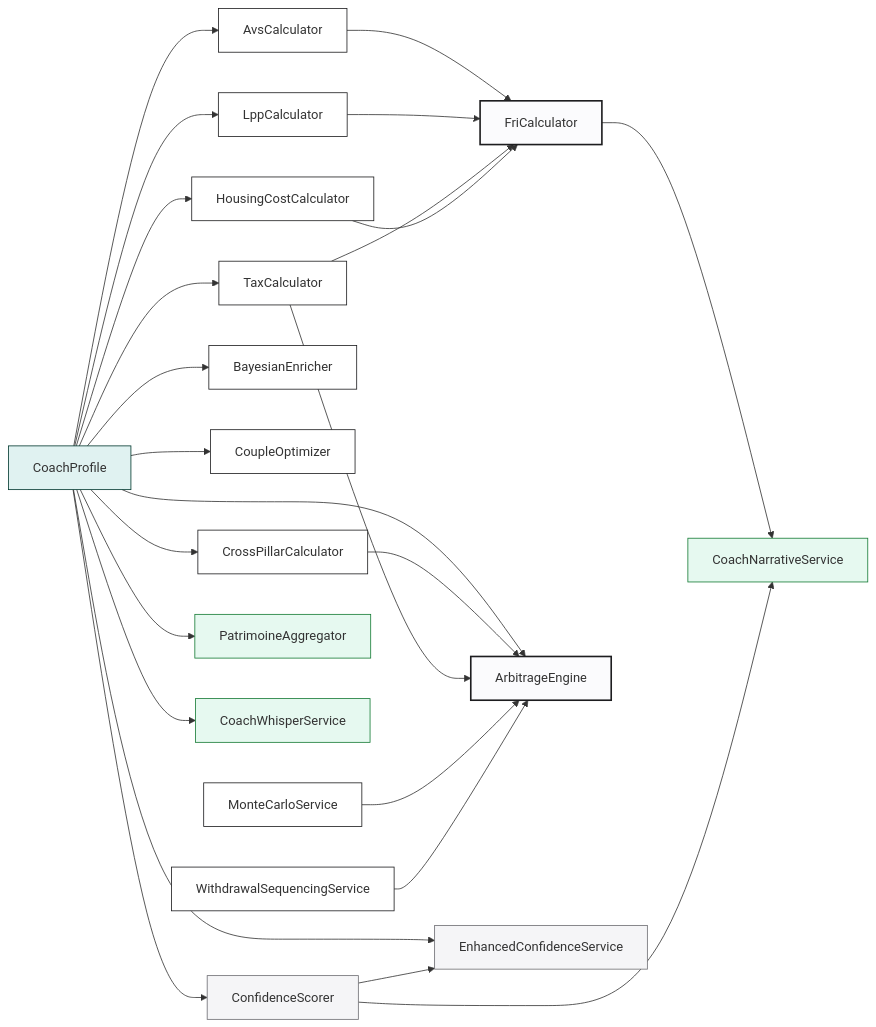
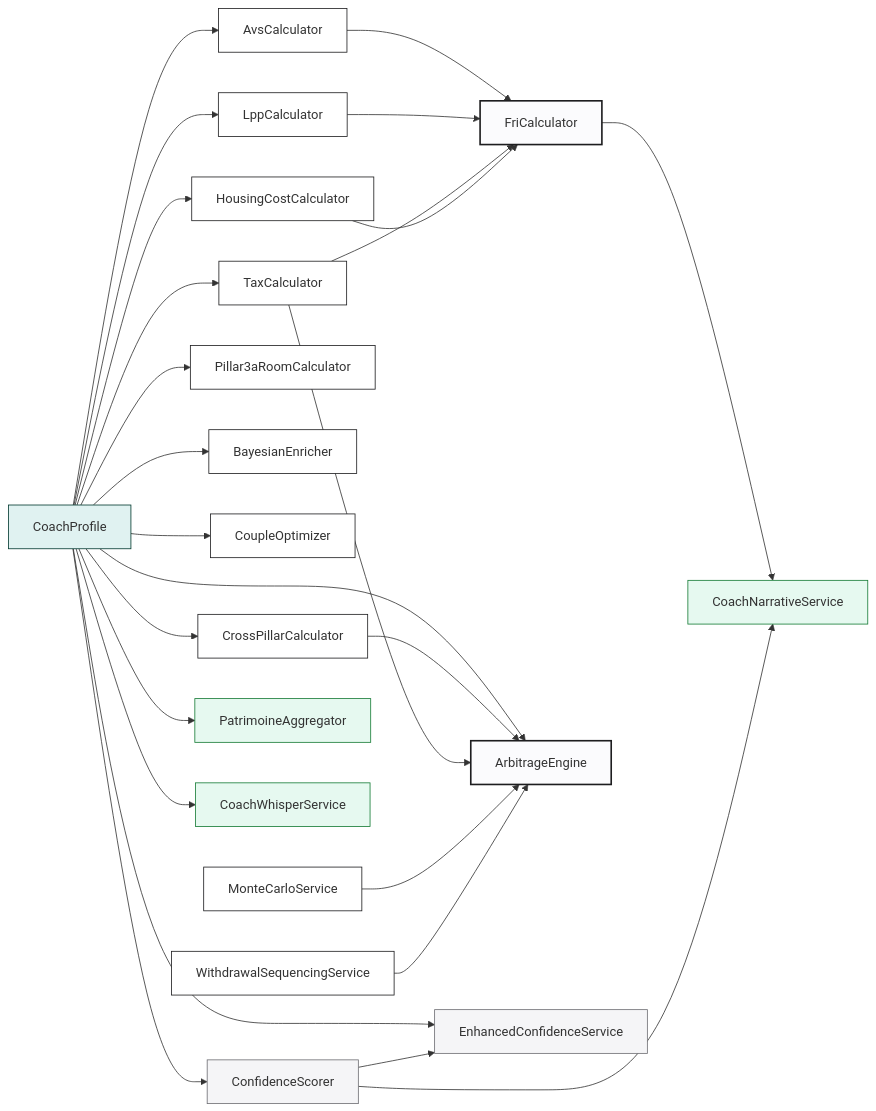
The diagram in docs/calculator-graph.md (MINT-IA/MINT), drawn with Mermaid before and after one commit. The commit also changed other lines of this file and 1 other file, not shown here.

Commit message:
Register 3a room calculator in financial core

````diff
--- a/docs/calculator-graph.md
+++ b/docs/calculator-graph.md
@@ -26,40 +26,41 @@
 ```mermaid
 flowchart LR
     PROFILE[CoachProfile]:::profile
 
     PROFILE --> AVS[AvsCalculator]:::calc
     PROFILE --> LPP[LppCalculator]:::calc
     PROFILE --> TAX[TaxCalculator]:::calc
     PROFILE --> HOUSING[HousingCostCalculator]:::calc
+    PROFILE --> P3A[Pillar3aRoomCalculator]:::calc
     PROFILE --> BAYESIAN[BayesianEnricher]:::calc
 
     AVS --> FRI[FriCalculator]:::composer
     LPP --> FRI
     TAX --> FRI
     HOUSING --> FRI
 
     PROFILE --> COUPLE[CoupleOptimizer]:::calc
     PROFILE --> CROSS[CrossPillarCalculator]:::calc
     PROFILE --> ARB[ArbitrageEngine]:::composer
     CROSS --> ARB
     TAX --> ARB
 
     PROFILE --> CONF[ConfidenceScorer]:::score
     PROFILE --> CONF_ENH[EnhancedConfidenceService]:::score
     CONF --> CONF_ENH
 
     PROFILE --> PAT[PatrimoineAggregator]:::ui
     PROFILE --> WHISPER[CoachWhisperService]:::ui
 
     FRI --> NAR[CoachNarrativeService]:::ui
     CONF --> NAR
 
     MC[MonteCarloService]:::calc --> ARB
     WITHDRAW[WithdrawalSequencingService]:::calc --> ARB
 
     classDef profile fill:#E0F2F1,stroke:#00382E
     classDef calc fill:#FFF,stroke:#1D1D1F
     classDef composer fill:#FBFBFD,stroke:#1D1D1F,stroke-width:2px
     classDef score fill:#F5F5F7,stroke:#6E6E73
     classDef ui fill:#E6F9F0,stroke:#157B35
 ```
````
